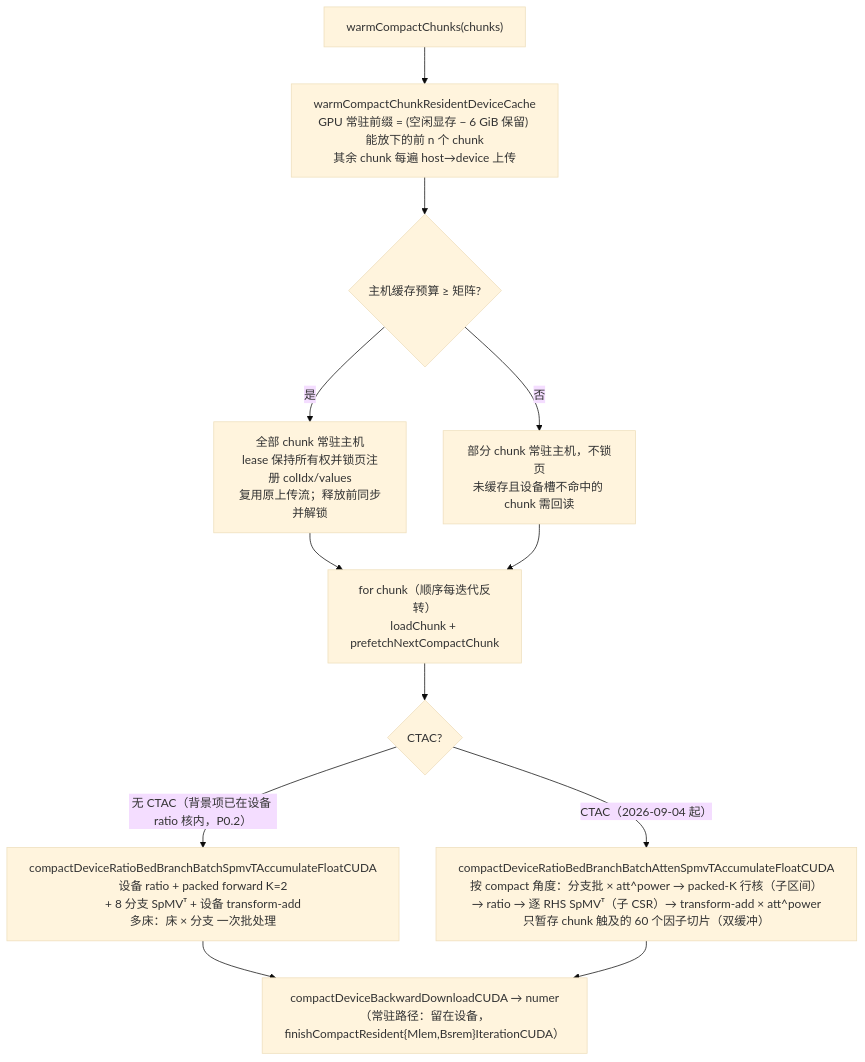
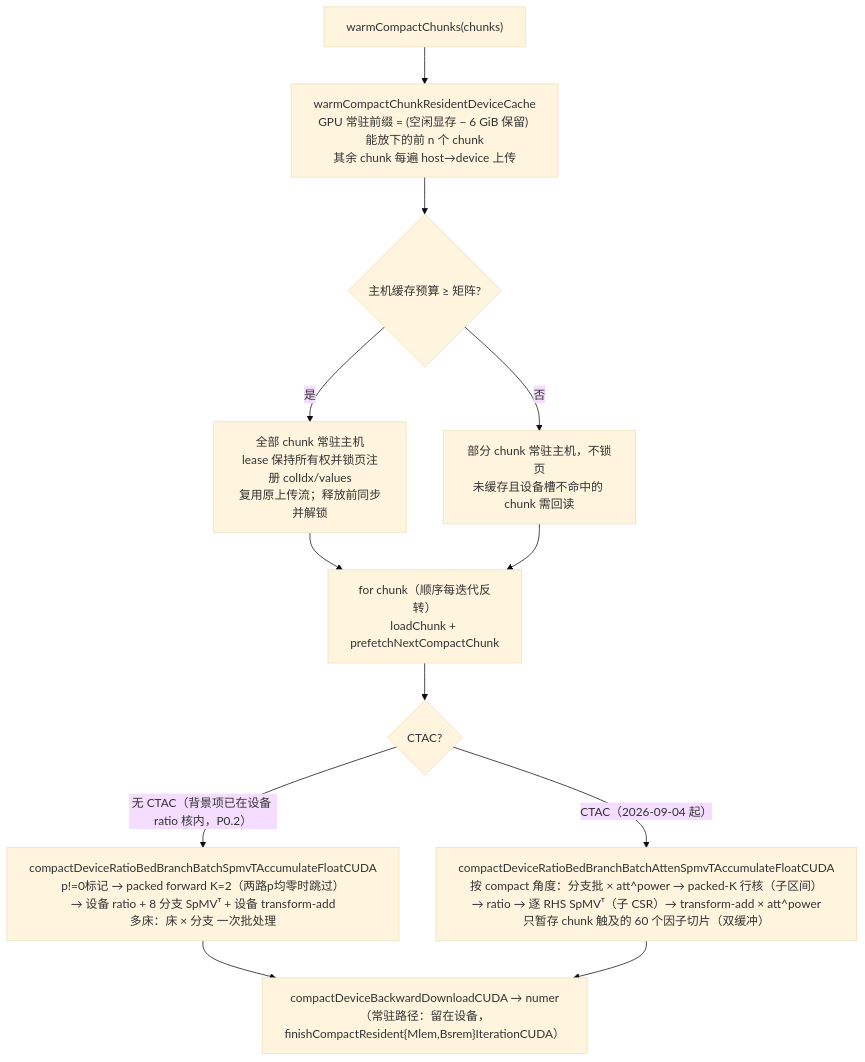
Before and after one commit to wangdy920/spect_6module_recon: the second of 3 diagrams in reports/2026-09-04-matrix-call-flow-architecture.md, drawn with Mermaid (base theme). The commit also changed other lines of this file and 1 other file, not shown here.

Commit message:
Record validated five-bed zero-pair optimization

````diff
--- a/reports/2026-09-04-matrix-call-flow-architecture.md
+++ b/reports/2026-09-04-matrix-call-flow-architecture.md
@@ -49,14 +49,14 @@
 ```mermaid
 flowchart TD
     W["warmCompactChunks(chunks)"] --> WR["warmCompactChunkResidentDeviceCache<br/>GPU 常驻前缀 = (空闲显存 − 6 GiB 保留) 能放下的前 n 个 chunk<br/>其余 chunk 每遍 host→device 上传"]
     WR --> HC{"主机缓存预算 ≥ 矩阵?"}
     HC -->|"是"| HCOK["全部 chunk 常驻主机<br/>lease 保持所有权并锁页注册 colIdx/values<br/>复用原上传流；释放前同步并解锁"]
     HC -->|"否"| HCNO["部分 chunk 常驻主机，不锁页<br/>未缓存且设备槽不命中的 chunk 需回读"]
     HCOK --> LOOPC
     HCNO --> LOOPC
     LOOPC["for chunk（顺序每迭代反转）<br/>loadChunk + prefetchNextCompactChunk"] --> B{"CTAC?"}
-    B -->|"无 CTAC（背景项已在设备 ratio 核内，P0.2）"| BB["compactDeviceRatioBedBranchBatchSpmvTAccumulateFloatCUDA<br/>设备 ratio + packed forward K=2<br/>+ 8 分支 SpMVᵀ + 设备 transform-add<br/>多床：床 × 分支 一次批处理"]
+    B -->|"无 CTAC（背景项已在设备 ratio 核内，P0.2）"| BB["compactDeviceRatioBedBranchBatchSpmvTAccumulateFloatCUDA<br/>p!=0标记 → packed forward K=2（两路p均零时跳过）<br/>→ 设备 ratio + 8 分支 SpMVᵀ + 设备 transform-add<br/>多床：床 × 分支 一次批处理"]
     B -->|"CTAC（2026-09-04 起）"| AT["compactDeviceRatioBedBranchBatchAttenSpmvTAccumulateFloatCUDA<br/>按 compact 角度：分支批 × att^power → packed-K 行核（子区间）<br/>→ ratio → 逐 RHS SpMVᵀ（子 CSR）→ transform-add × att^power<br/>只暂存 chunk 触及的 60 个因子切片（双缓冲）"]
     BB --> DL["compactDeviceBackwardDownloadCUDA → numer<br/>（常驻路径：留在设备，finishCompactResident{Mlem,Bsrem}IterationCUDA）"]
     AT --> DL
 ```
````
